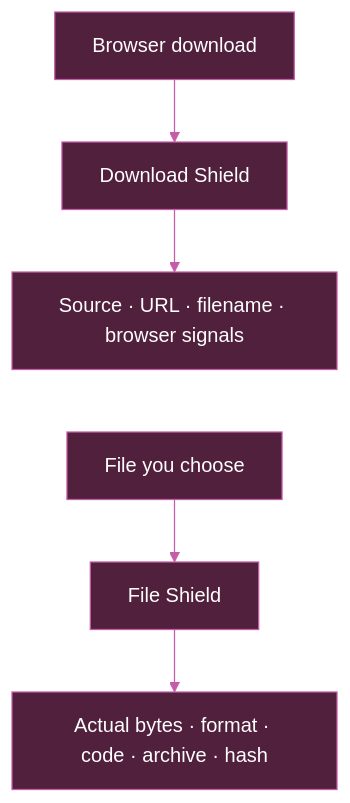
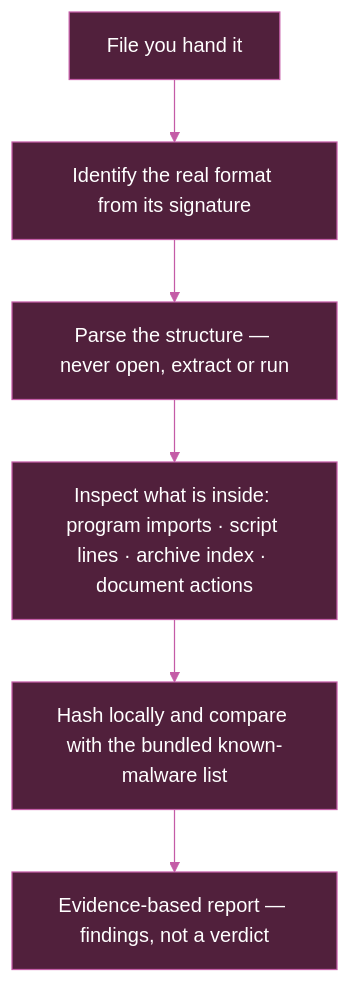
One commit to iri-dev/WardenOne changed the second of 6 diagrams in README.md. Above: the diagram before and after it, drawn with Mermaid. The commit also changed other lines of this file and 30 other files, not shown here.

````diff
--- a/README.md
+++ b/README.md
@@ -482,11 +485,11 @@
 ```mermaid
 flowchart TB
-    Download["Browser download"] --> DownloadShield["Download Shield"]
-    DownloadShield --> Context["Source · URL · filename · browser signals"]
-    Context ~~~ File
-    File["File you choose"] --> FileShield["File Shield"]
-    FileShield --> Bytes["Actual bytes · format · code · archive · hash"]
+    Pick["File you hand it"] --> Format["Identify the real format from its signature"]
+    Format --> Parse["Parse the structure — never open, extract or run"]
+    Parse --> Inspect["Inspect what is inside: program imports · script lines · archive index · document actions"]
+    Inspect --> Hash["Hash locally and compare with the bundled known-malware list"]
+    Hash --> Report["Evidence-based report — findings, not a verdict"]
     classDef warden fill:#51203c,stroke:#c45ca7,color:#ffffff
-    class Download,DownloadShield,Context,File,FileShield,Bytes warden
+    class Pick,Format,Parse,Inspect,Hash,Report warden
     linkStyle default stroke:#c45ca7
 ```
````
